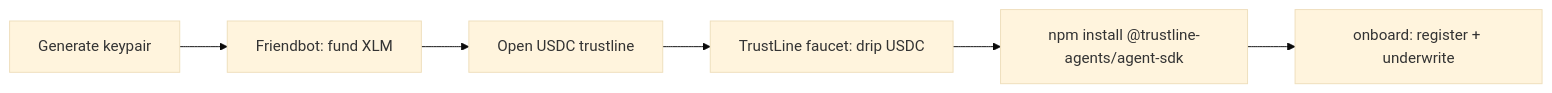
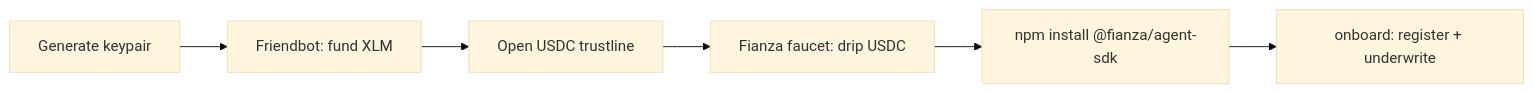
Before and after one commit to TechnicallyKiller/Fianza: the diagram in docs/onboarding-kit.md, drawn with Mermaid (base theme). The commit also changed other lines of this file and 101 other files, not shown here.

First line of the commit message:
rename: TrustLine -> Fianza across product surfaces

````diff
--- a/docs/onboarding-kit.md
+++ b/docs/onboarding-kit.md
@@ -17,8 +17,8 @@
 ```mermaid
 flowchart LR
     A[Generate keypair] --> B[Friendbot: fund XLM]
     B --> C[Open USDC trustline]
-    C --> D[TrustLine faucet: drip USDC]
-    D --> E["npm install @trustline-agents/agent-sdk"]
+    C --> D[Fianza faucet: drip USDC]
+    D --> E["npm install @fianza/agent-sdk"]
     E --> F[onboard: register + underwrite]
 ```
````
